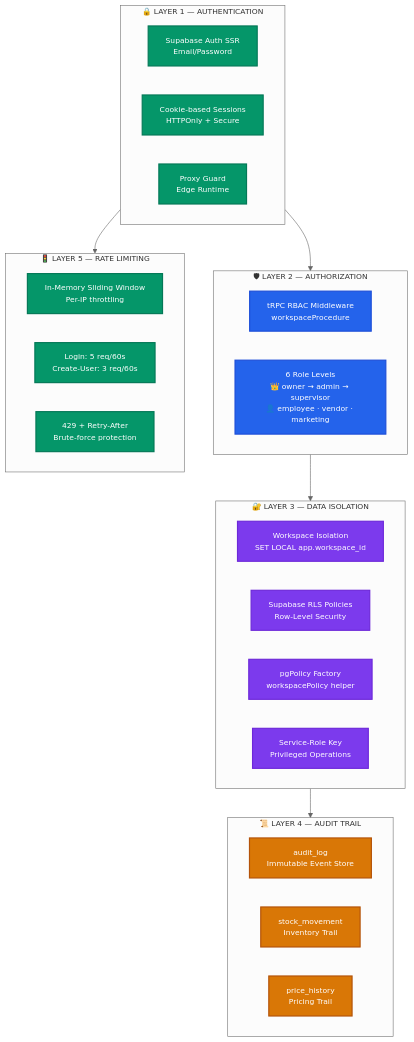
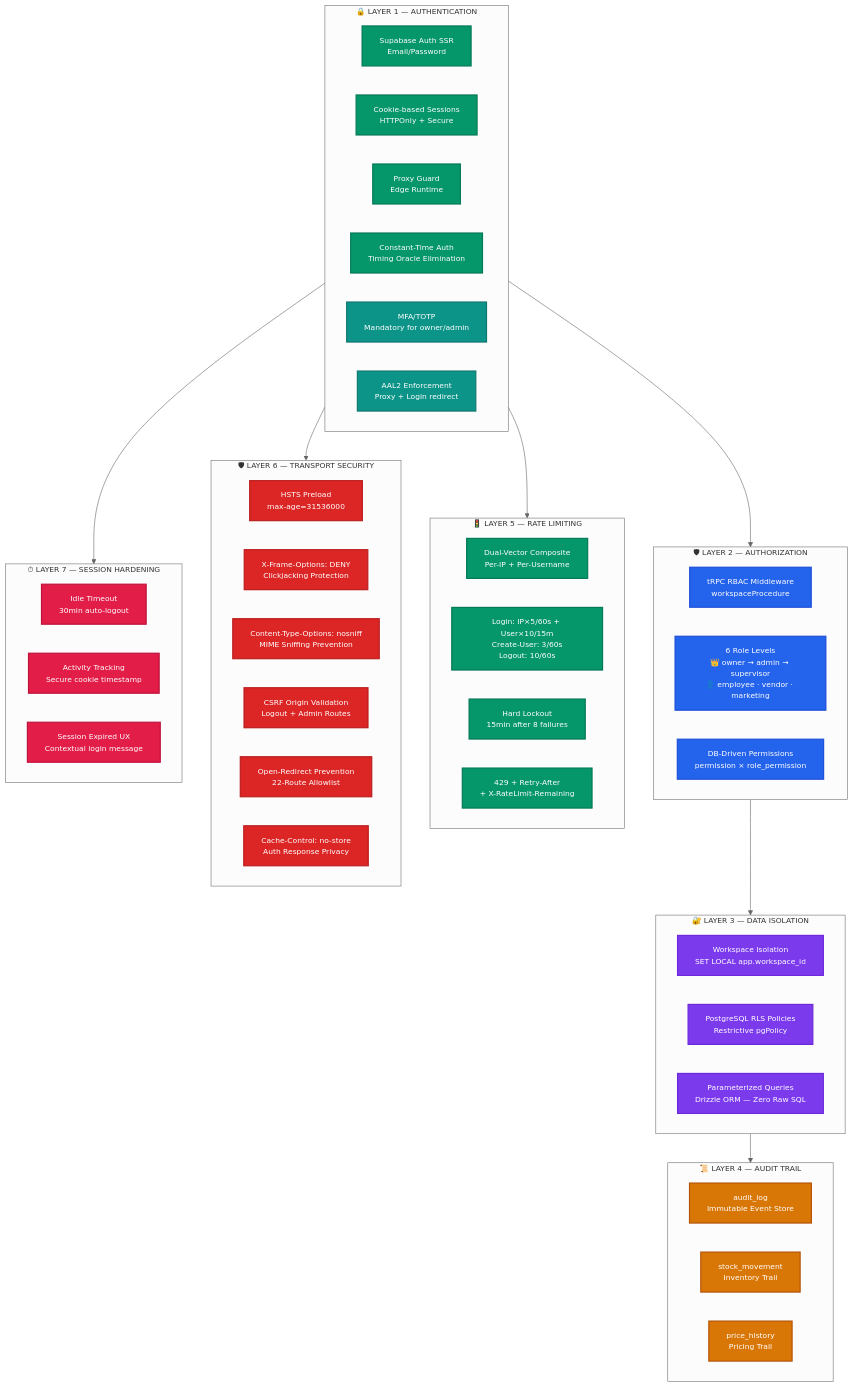
The ninth of 9 diagrams in README.md (jesusjosezapata99-jpg/Cendaro), drawn with Mermaid before and after one commit. The commit also changed other lines of this file and 17 other files, not shown here.

Commit message:
feat: implement authentication system with rate-limiting, MFA, and secure proxy middleware

````diff
--- a/README.md
+++ b/README.md
@@ -908,42 +908,66 @@
 ```mermaid
 %%{init: {'theme': 'neutral', 'themeVariables': {'fontSize': '13px'}}}%%
 
 graph TB
   classDef auth fill:#059669,stroke:#047857,color:#fff,stroke-width:2px
+  classDef mfa fill:#0d9488,stroke:#0f766e,color:#fff,stroke-width:2px
   classDef rbac fill:#2463eb,stroke:#1d4ed8,color:#fff,stroke-width:2px
   classDef data fill:#7c3aed,stroke:#6d28d9,color:#fff,stroke-width:2px
   classDef audit fill:#d97706,stroke:#b45309,color:#fff,stroke-width:2px
+  classDef headers fill:#dc2626,stroke:#b91c1c,color:#fff,stroke-width:2px
+  classDef session fill:#e11d48,stroke:#be123c,color:#fff,stroke-width:2px
 
   subgraph L1["🔒 LAYER 1 — AUTHENTICATION"]
     A1["Supabase Auth SSR\nEmail/Password"]:::auth
     A2["Cookie-based Sessions\nHTTPOnly + Secure"]:::auth
     A3["Proxy Guard\nEdge Runtime"]:::auth
+    A4["Constant-Time Auth\nTiming Oracle Elimination"]:::auth
+    A5["MFA/TOTP\nMandatory for owner/admin"]:::mfa
+    A6["AAL2 Enforcement\nProxy + Login redirect"]:::mfa
   end
 
   subgraph L2["🛡 LAYER 2 — AUTHORIZATION"]
     B1["tRPC RBAC Middleware\nworkspaceProcedure"]:::rbac
     B2["6 Role Levels\n👑 owner → admin → supervisor\n👤 employee · vendor · marketing"]:::rbac
+    B3["DB-Driven Permissions\npermission × role_permission"]:::rbac
   end
 
   subgraph L3["🔐 LAYER 3 — DATA ISOLATION"]
     C1["Workspace Isolation\nSET LOCAL app.workspace_id"]:::data
-    C2["Supabase RLS Policies\nRow-Level Security"]:::data
-    C3["pgPolicy Factory\nworkspacePolicy helper"]:::data
-    C4["Service-Role Key\nPrivileged Operations"]:::data
+    C2["PostgreSQL RLS Policies\nRestrictive pgPolicy"]:::data
+    C3["Parameterized Queries\nDrizzle ORM — Zero Raw SQL"]:::data
   end
 
   subgraph L4["📜 LAYER 4 — AUDIT TRAIL"]
     D1["audit_log\nImmutable Event Store"]:::audit
     D2["stock_movement\nInventory Trail"]:::audit
     D3["price_history\nPricing Trail"]:::audit
   end
 
   subgraph L5["🚦 LAYER 5 — RATE LIMITING"]
-    E1["In-Memory Sliding Window\nPer-IP throttling"]:::auth
-    E2["Login: 5 req/60s\nCreate-User: 3 req/60s"]:::auth
-    E3["429 + Retry-After\nBrute-force protection"]:::auth
+    E1["Dual-Vector Composite\nPer-IP + Per-Username"]:::auth
+    E2["Login: IP×5/60s + User×10/15m\nCreate-User: 3/60s\nLogout: 10/60s"]:::auth
+    E3["Hard Lockout\n15min after 8 failures"]:::auth
+    E4["429 + Retry-After\n+ X-RateLimit-Remaining"]:::auth
+  end
+
+  subgraph L6["🛡 LAYER 6 — TRANSPORT SECURITY"]
+    F1["HSTS Preload\nmax-age=31536000"]:::headers
+    F2["X-Frame-Options: DENY\nClickjacking Protection"]:::headers
+    F3["Content-Type-Options: nosniff\nMIME Sniffing Prevention"]:::headers
+    F4["CSRF Origin Validation\nLogout + Admin Routes"]:::headers
+    F5["Open-Redirect Prevention\n22-Route Allowlist"]:::headers
+    F6["Cache-Control: no-store\nAuth Response Privacy"]:::headers
+  end
+
+  subgraph L7["⏱ LAYER 7 — SESSION HARDENING"]
+    G1["Idle Timeout\n30min auto-logout"]:::session
+    G2["Activity Tracking\nSecure cookie timestamp"]:::session
+    G3["Session Expired UX\nContextual login message"]:::session
   end
 
   L1 --> L2 --> L3 --> L4
   L1 --> L5
+  L1 --> L6
+  L1 --> L7
 ```
````
